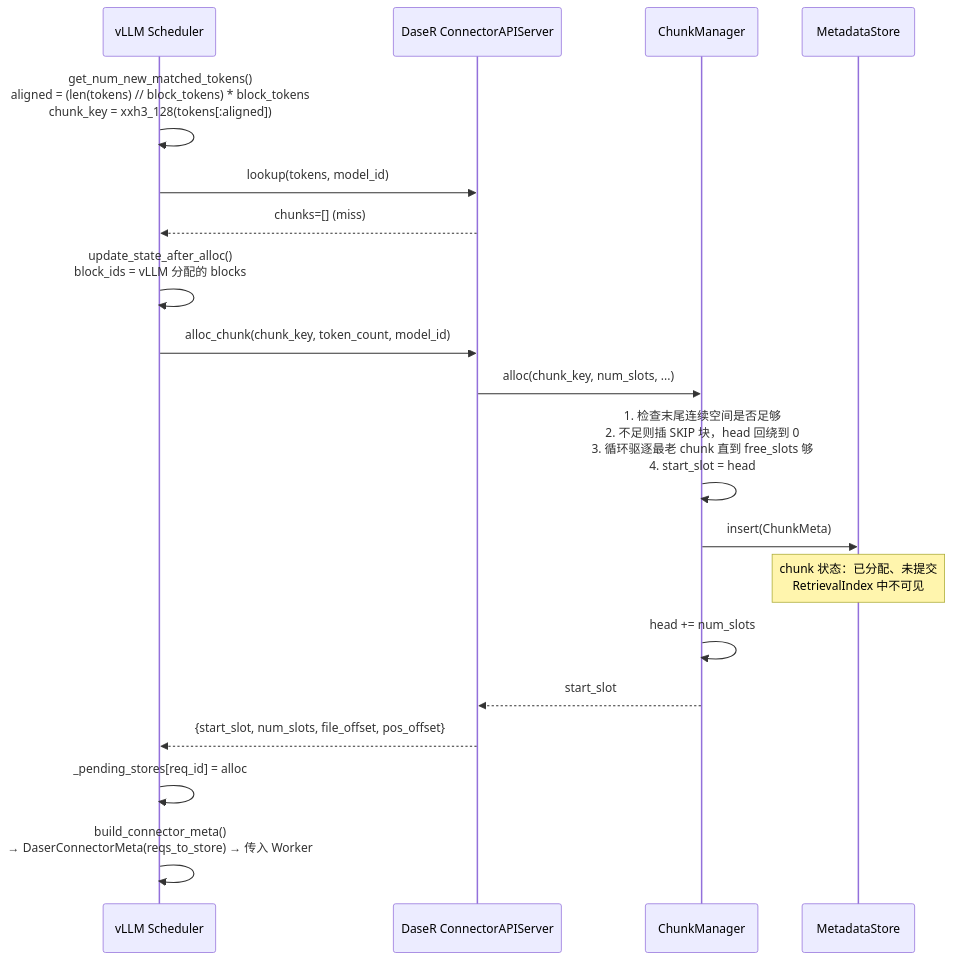
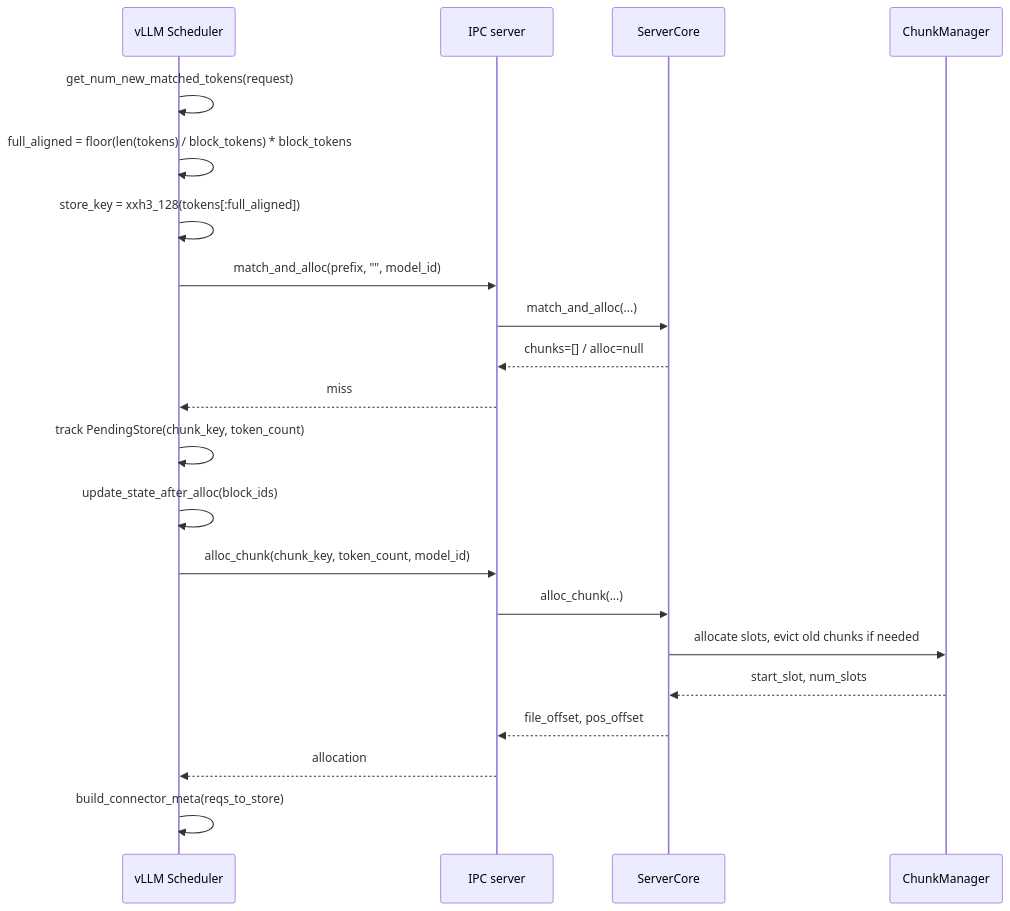
One commit to GentleCold/DaseR changed the third of 8 diagrams in docs/design/flows.md. Above: the diagram before and after it, drawn with Mermaid. The commit also changed other lines of this file and 53 other files, not shown here.

First line of the commit message:
refactor(server): align server layout and connector startup (#41)

````diff
--- a/docs/design/flows.md
+++ b/docs/design/flows.md
@@ -9,24 +72,25 @@
 ```mermaid
 sequenceDiagram
     participant S as vLLM Scheduler
-    participant IPC as DaseR ConnectorAPIServer
+    participant IPC as IPC server
+    participant C as ServerCore
     participant CM as ChunkManager
-    participant MS as MetadataStore
 
-    S->>S: get_num_new_matched_tokens()<br/>aligned = (len(tokens) // block_tokens) * block_tokens<br/>chunk_key = xxh3_128(tokens[:aligned])
-    S->>IPC: lookup(tokens, model_id)
-    IPC-->>S: chunks=[] (miss)
+    S->>S: get_num_new_matched_tokens(request)
+    S->>S: full_aligned = floor(len(tokens) / block_tokens) * block_tokens
+    S->>S: store_key = xxh3_128(tokens[:full_aligned])
+    S->>IPC: match_and_alloc(prefix, "", model_id)
+    IPC->>C: match_and_alloc(...)
+    C-->>IPC: chunks=[] / alloc=null
+    IPC-->>S: miss
+    S->>S: track PendingStore(chunk_key, token_count)
 
-    S->>S: update_state_after_alloc()<br/>block_ids = vLLM 分配的 blocks
+    S->>S: update_state_after_alloc(block_ids)
     S->>IPC: alloc_chunk(chunk_key, token_count, model_id)
-    IPC->>CM: alloc(chunk_key, num_slots, ...)
-    CM->>CM: 1. 检查末尾连续空间是否足够<br/>2. 不足则插 SKIP 块，head 回绕到 0<br/>3. 循环驱逐最老 chunk 直到 free_slots 够<br/>4. start_slot = head
-    CM->>MS: insert(ChunkMeta)
-    Note over MS: chunk 状态：已分配、未提交<br/>RetrievalIndex 中不可见
-    CM->>CM: head += num_slots
-    CM-->>IPC: start_slot
-    IPC-->>S: {start_slot, num_slots, file_offset, pos_offset}
-
-    S->>S: _pending_stores[req_id] = alloc
-    S->>S: build_connector_meta()<br/>→ DaserConnectorMeta(reqs_to_store) → 传入 Worker
+    IPC->>C: alloc_chunk(...)
+    C->>CM: allocate slots, evict old chunks if needed
+    CM-->>C: start_slot, num_slots
+    C-->>IPC: file_offset, pos_offset
+    IPC-->>S: allocation
+    S->>S: build_connector_meta(reqs_to_store)
 ```
````
